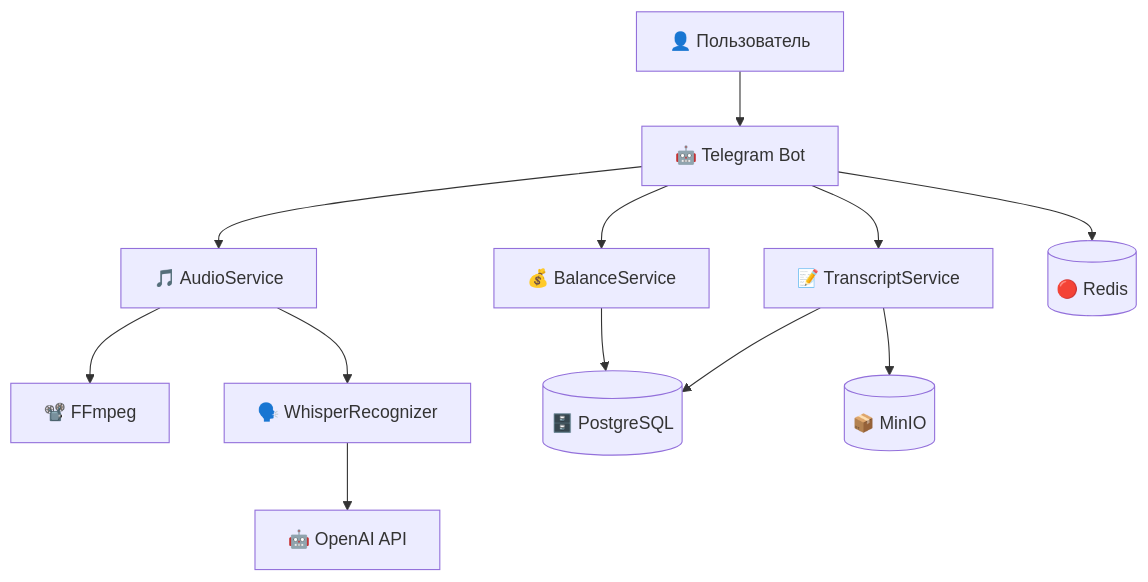
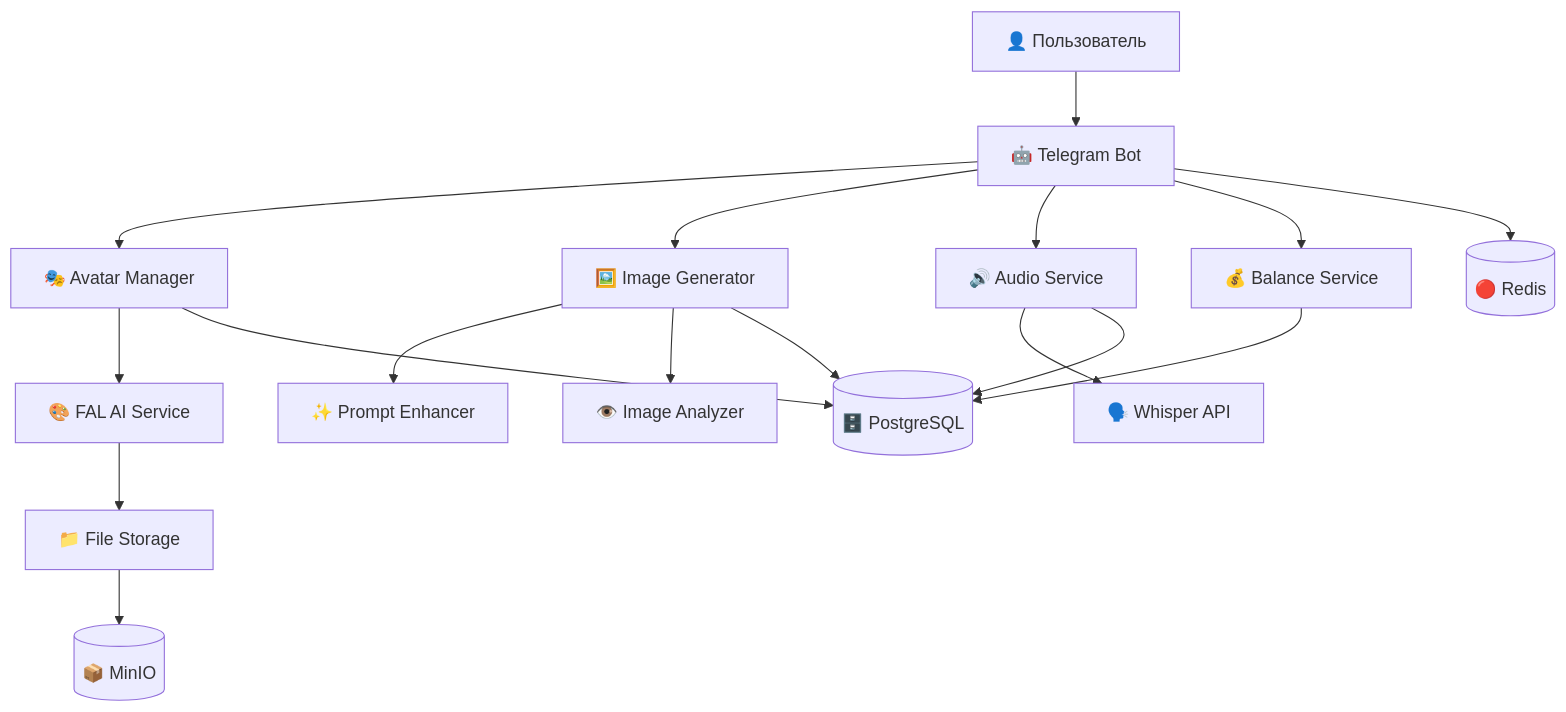
Before and after one commit to sergeyshmagin/Aisha_bot_new: the diagram in README.md, drawn with Mermaid. The commit also changed other lines of this file and 12 other files, not shown here.

````diff
--- a/README.md
+++ b/README.md
@@ -82,17 +111,25 @@
 ```mermaid
 graph TB
     U[👤 Пользователь] --> TB[🤖 Telegram Bot]
-    TB --> AS[🎵 AudioService]
-    AS --> FF[📽️ FFmpeg]
-    AS --> WR[🗣️ WhisperRecognizer]
-    WR --> OAI[🤖 OpenAI API]
     
-    TB --> BS[💰 BalanceService]
-    TB --> TS[📝 TranscriptService]
+    TB --> AM[🎭 Avatar Manager]
+    AM --> FAL[🎨 FAL AI Service]
+    FAL --> FS[📁 File Storage]
+    
+    TB --> IG[🖼️ Image Generator]
+    IG --> PE[✨ Prompt Enhancer]
+    IG --> IA[👁️ Image Analyzer]
+    
+    TB --> AS[🔊 Audio Service]
+    AS --> WR[🗣️ Whisper API]
+    
+    TB --> BS[💰 Balance Service]
     
     BS --> DB[(🗄️ PostgreSQL)]
-    TS --> DB
-    TS --> S3[(📦 MinIO)]
+    AM --> DB
+    IG --> DB
+    AS --> DB
     
+    FS --> S3[(📦 MinIO)]
     TB --> R[(🔴 Redis)]
 ```
````
